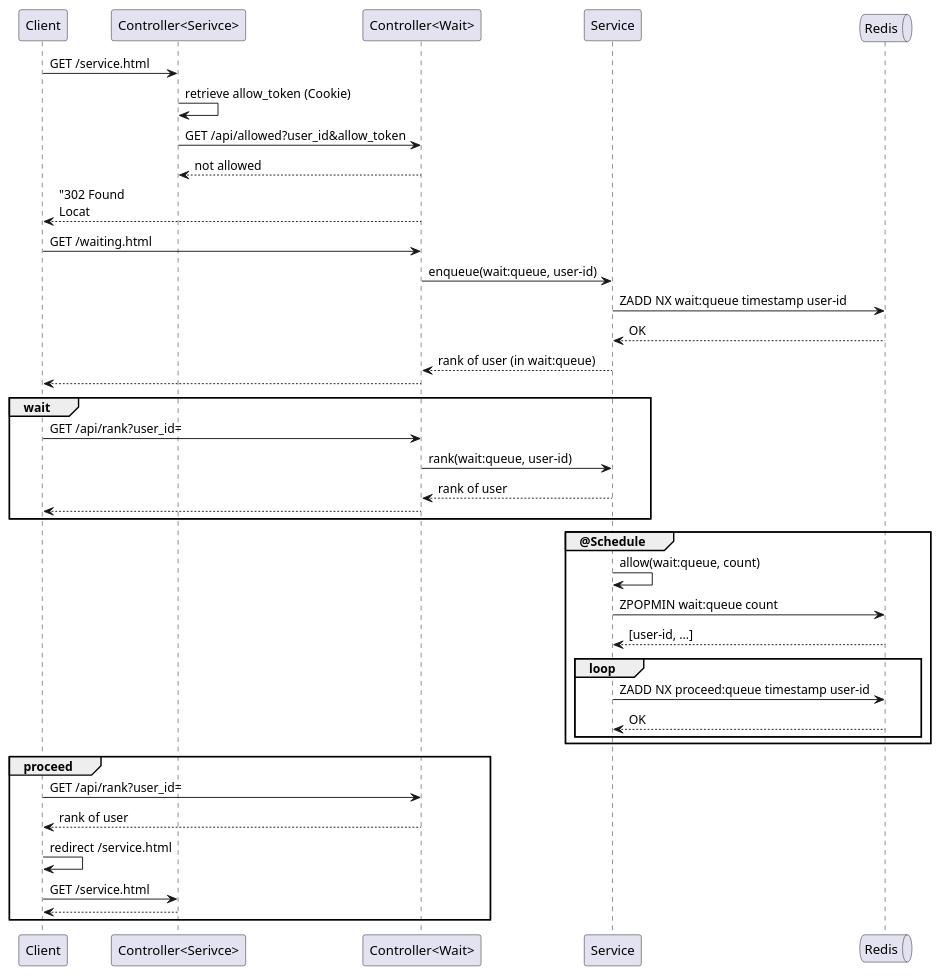
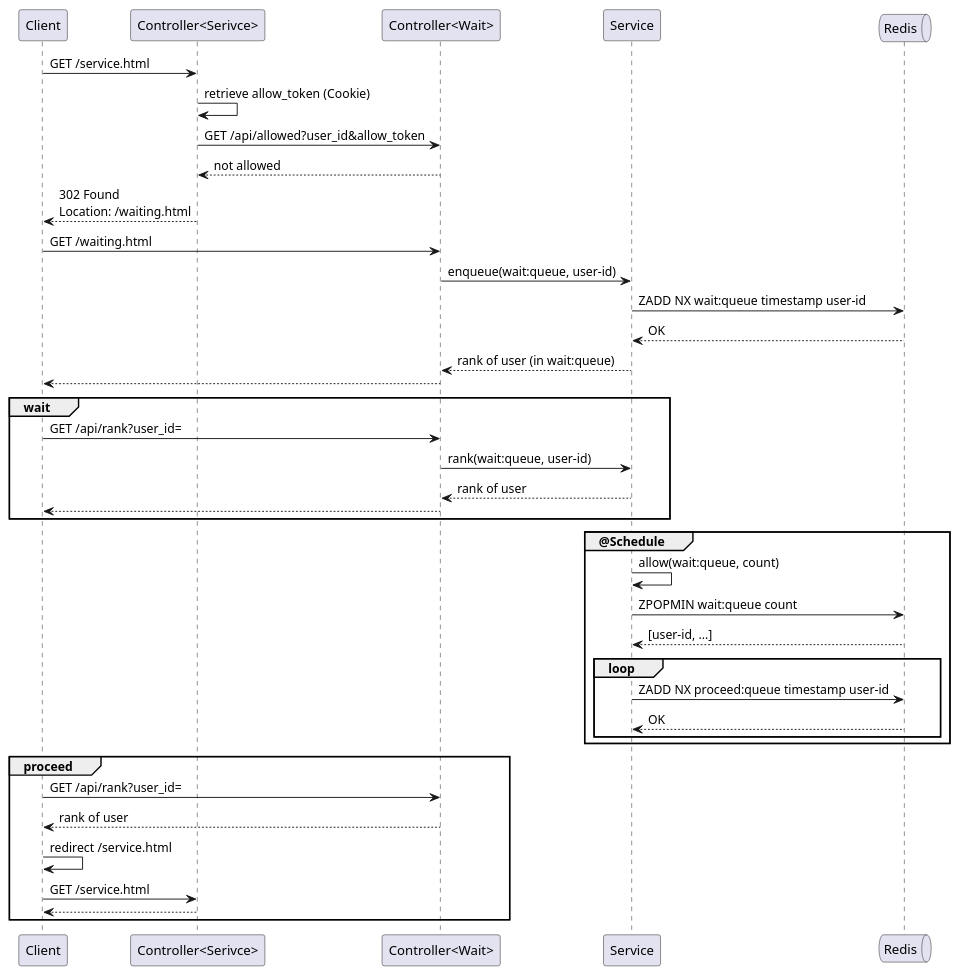
One commit to yanghoon/obsidian-workspace changed the diagram in _diary/2024-06-08.md. Above: the diagram before and after it, drawn with PlantUML.

Commit message:
vault backup: 2024-06-09 19:29:34

````diff
--- a/_diary/2024-06-08.md
+++ b/_diary/2024-06-08.md
@@ -11,49 +11,49 @@
 ```plantuml
 @startuml
 
 participant Client
 participant "Controller<Serivce>" as ServiceController
 participant "Controller<Wait>" as Controller
 participant Service
 queue Redis
 
 Client -> ServiceController: GET /service.html
 ServiceController -> ServiceController: retrieve allow_token (Cookie)
 ServiceController -> Controller: GET /api/allowed?user_id&allow_token
 ServiceController <-- Controller: not allowed
-Client <-- Controller: "302 Found\nLocat
+Client <-- ServiceController: 302 Found\nLocation: /waiting.html
 
 Client -> Controller: GET /waiting.html
 Controller -> Service: enqueue(wait:queue, user-id)
 Service -> Redis: ZADD NX wait:queue timestamp user-id
 Service <-- Redis: OK
 Controller <-- Service: rank of user (in wait:queue)
 Client <-- Controller
 
 group wait
 Client -> Controller: GET /api/rank?user_id=
 Controller -> Service: rank(wait:queue, user-id)
 Controller <-- Service: rank of user
 Client <-- Controller
 end
 
 group @Schedule
   Service -> Service: allow(wait:queue, count)
   Service -> Redis: ZPOPMIN wait:queue count
   Service <-- Redis: [user-id, ...]
   loop
     Service -> Redis: ZADD NX proceed:queue timestamp user-id
     Service <-- Redis: OK
   end
 end
 
 group proceed
   Client -> Controller: GET /api/rank?user_id=
   Client <-- Controller: rank of user
   Client -> Client: redirect /service.html
   Client -> ServiceController: GET /service.html
   Client <-- ServiceController
 end
 
 @enduml
 ```
````
